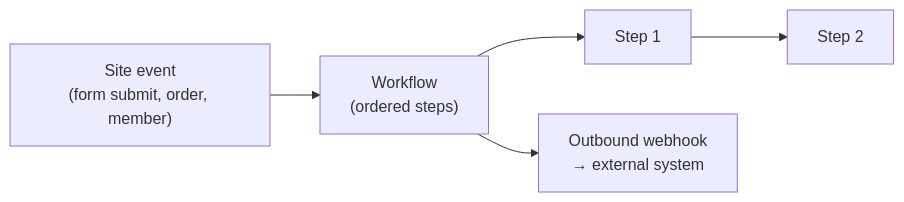
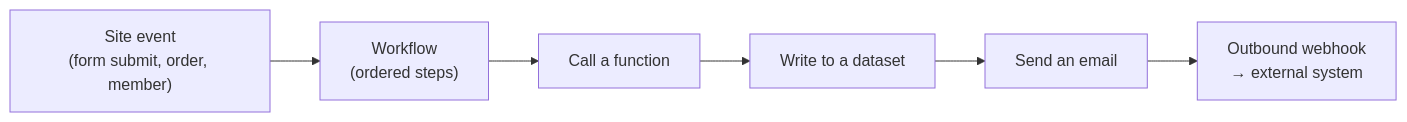
Before and after one commit to aglyn/aglyn: the diagram in apps/docs/docs/marketing-and-automation/workflows-and-actions/overview.md, drawn with Mermaid. The commit also changed other lines of this file and 6 other files, not shown here.

First line of the commit message:
docs(workflows): one automation engine — a workflow step is a call or an Actions step (AGL-3105)

````diff
--- a/apps/docs/docs/marketing-and-automation/workflows-and-actions/overview.md
+++ b/apps/docs/docs/marketing-and-automation/workflows-and-actions/overview.md
@@ -16,7 +29,8 @@
 ```mermaid
 flowchart LR
   E["Site event<br/>(form submit, order, member)"] --> W["Workflow<br/>(ordered steps)"]
-  W --> S1[Step 1]
-  S1 --> S2[Step 2]
-  W --> WH["Outbound webhook<br/>→ external system"]
+  W --> S1["Call a function"]
+  S1 --> S2["Write to a dataset"]
+  S2 --> S3["Send an email"]
+  S3 --> WH["Outbound webhook<br/>→ external system"]
 ```
````
